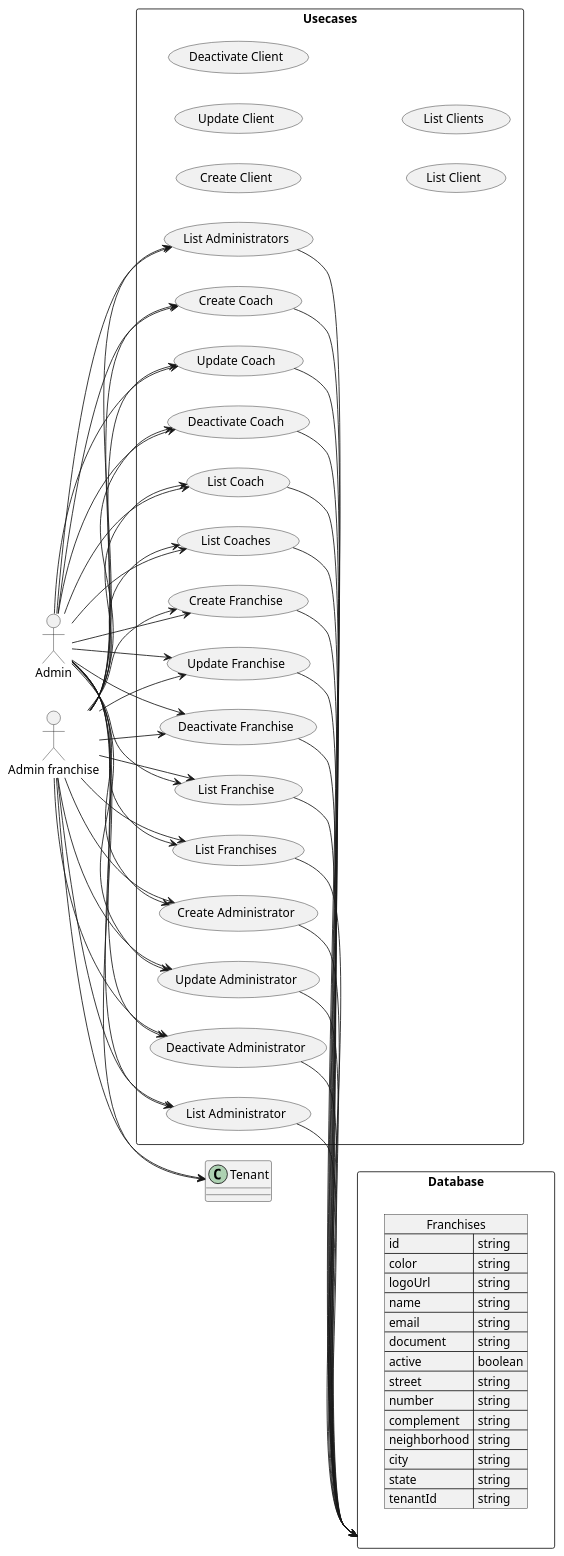
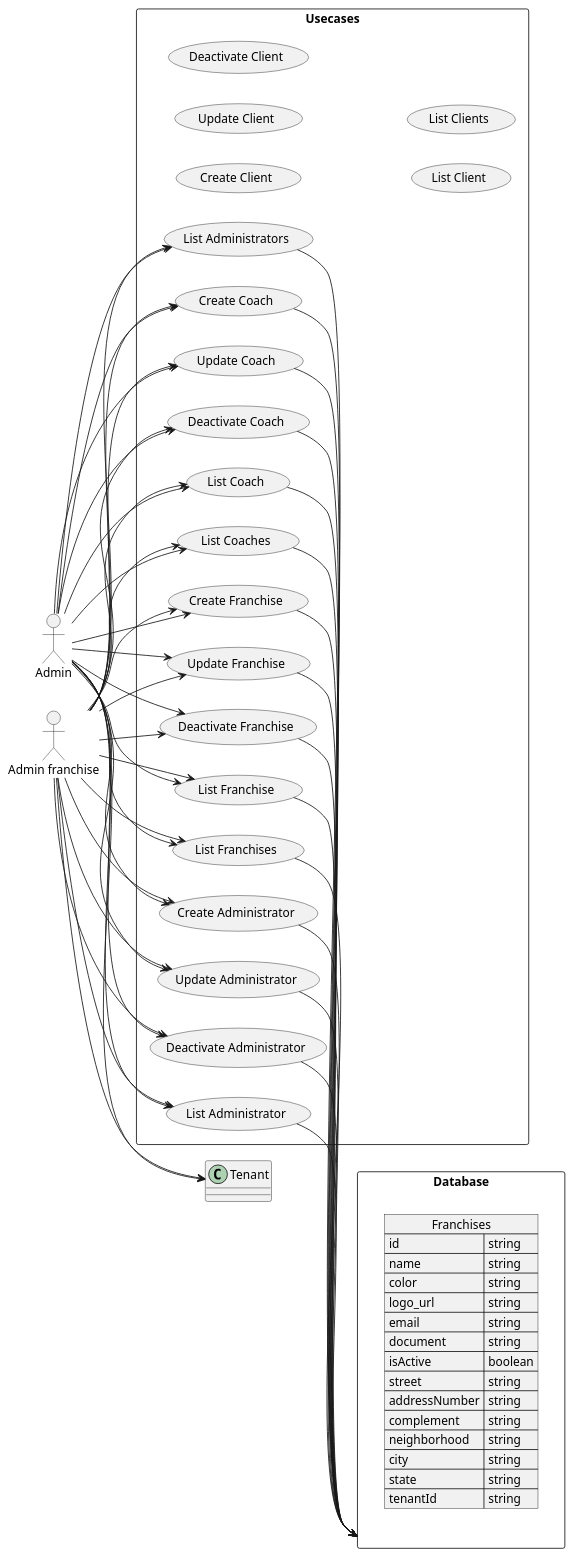
Before and after one commit to gustavorodrigues19/ddd-api: the diagram in uml/business-adm.usecase.wsd, drawn with PlantUML. The commit also changed 28 other files, not shown here.

```diff
--- a/uml/business-adm.usecase.wsd
+++ b/uml/business-adm.usecase.wsd
@@ -1,111 +1,111 @@
 @startuml
 allowmixing
 
 left to right direction
 
 actor "Admin" as admin
 actor "Admin franchise" as adminFranchise
 
 rectangle Usecases {
   usecase "Create Franchise" as CF
   usecase "Update Franchise" as UF
   usecase "Deactivate Franchise" as DF
   usecase "List Franchise" as LF
   usecase "List Franchises" as LFS
 
   usecase "Create Administrator" as CA
   usecase "Update Administrator" as UA
   usecase "Deactivate Administrator" as DA
   usecase "List Administrator" as LA
   usecase "List Administrators" as LAS
 
   usecase "Create Coach" as CC
   usecase "Update Coach" as UC
   usecase "Deactivate Coach" as DC
   usecase "List Coach" as LC
   usecase "List Coaches" as LCS
 
   usecase "Create Client" as CCC
   usecase "Update Client" as UCC
   usecase "Deactivate Client" as DCC
   usecase "List Client" as LCC
   usecase "List Clients" as LCCS
 }
 
 rectangle Database {
   json Franchises {
    "id": "string",
+   "name": "string",
    "color": "string",
-   "logoUrl": "string",
-   "name": "string",
+   "logo_url": "string",
    "email": "string",
    "document":"string",
-   "active": "boolean",
+   "isActive": "boolean",
    "street": "string",
-   "number": "string",
+   "addressNumber": "string",
    "complement": "string",
    "neighborhood": "string",
    "city": "string",
    "state": "string",
    "tenantId": "string"
   }
 }
 
 admin --> Tenant
 admin --> CF
 admin --> UF
 admin --> DF
 admin --> LF
 admin --> LFS
 
 admin --> CA
 admin --> UA
 admin --> DA
 admin --> LA
 admin --> LAS
 
 admin --> CC
 admin --> UC
 admin --> DC
 admin --> LC
 admin --> LCS
 
 adminFranchise --> Tenant
 adminFranchise --> CF
 adminFranchise --> UF
 adminFranchise --> DF
 adminFranchise --> LF
 adminFranchise --> LFS
 
 adminFranchise --> CA
 adminFranchise --> UA
 adminFranchise --> DA
 adminFranchise --> LA
 adminFranchise --> LAS
 
 adminFranchise --> CC
 adminFranchise --> UC
 adminFranchise --> DC
 adminFranchise --> LC
 adminFranchise --> LCS
 
 
 CF --> Database
 UF --> Database
 DF --> Database
 LF --> Database
 LFS --> Database
 
 CA --> Database
 UA --> Database
 DA --> Database
 LA --> Database
 LAS --> Database
 
 CC --> Database
 UC --> Database
 DC --> Database
 LC --> Database
 LCS --> Database
 
 @enduml
```
